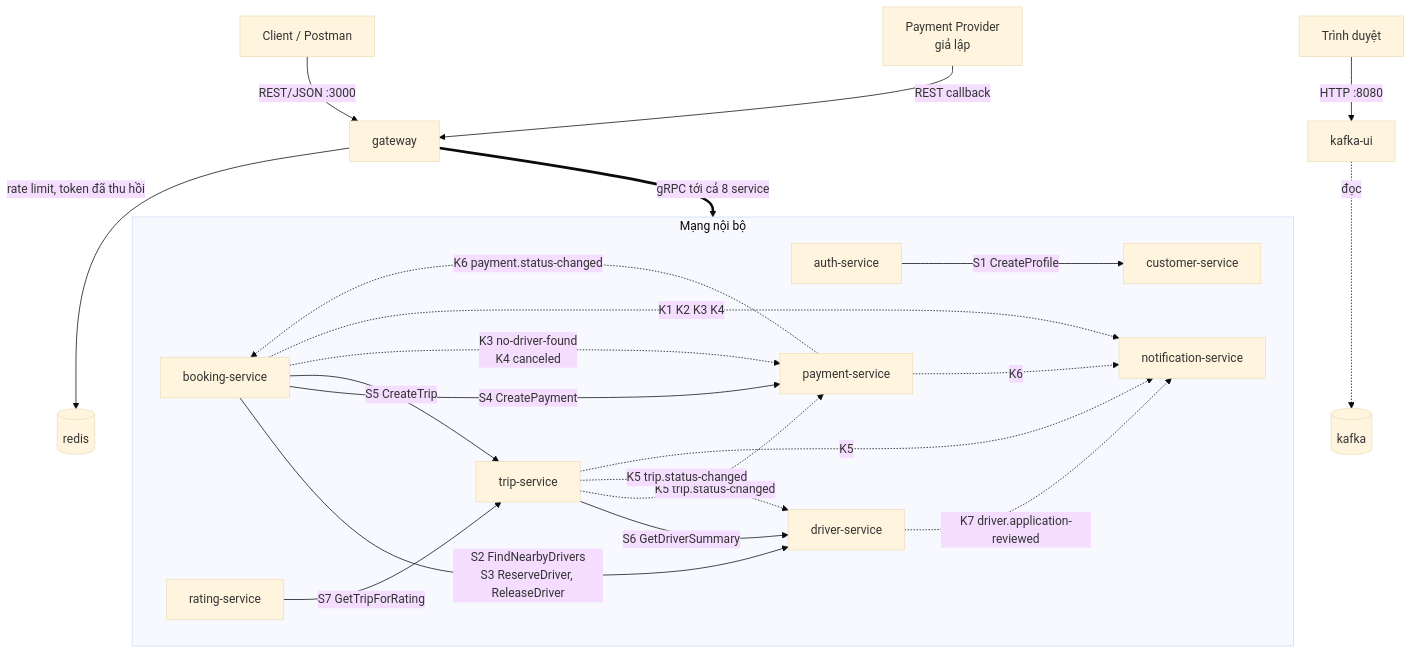
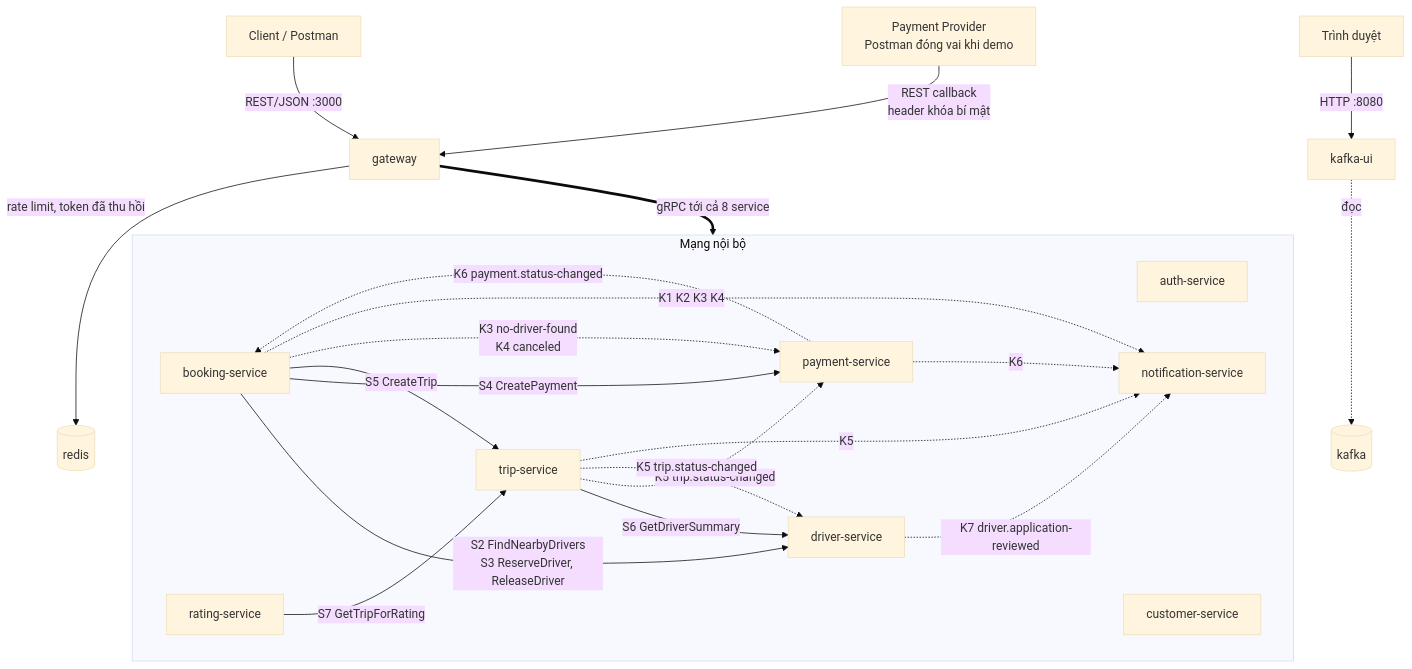
Before and after one commit to nghuuduc21/23699411_NguyenHuuDuc_CabSystem: the first of 7 diagrams in docs/design/02-kien-truc-giao-tiep.md, drawn with Mermaid (base theme). The commit also changed other lines of this file and 16 other files, not shown here.

````diff
--- a/docs/design/02-kien-truc-giao-tiep.md
+++ b/docs/design/02-kien-truc-giao-tiep.md
@@ -112,36 +114,35 @@
 ```mermaid
 flowchart TB
   CL[Client / Postman] -->|REST/JSON :3000| GW[gateway]
-  PP[Payment Provider<br/>giả lập] -->|REST callback| GW
+  PP[Payment Provider<br/>Postman đóng vai khi demo] -->|REST callback<br/>header khóa bí mật| GW
   BR[Trình duyệt] -->|HTTP :8080| KUI[kafka-ui]
   KUI -. đọc .-> KAFKA[(kafka)]
   GW -->|rate limit, token đã thu hồi| REDIS[(redis)]
   GW ==>|gRPC tới cả 8 service| SVC
 
   subgraph SVC[Mạng nội bộ]
     AUTH[auth-service]
     CUS[customer-service]
     DRV[driver-service]
     BK[booking-service]
     TRIP[trip-service]
     PAY[payment-service]
     NOTI[notification-service]
     RAT[rating-service]
   end
 
-  AUTH -->|S1 CreateProfile| CUS
   BK -->|S2 FindNearbyDrivers<br/>S3 ReserveDriver, ReleaseDriver| DRV
   BK -->|S4 CreatePayment| PAY
   BK -->|S5 CreateTrip| TRIP
   TRIP -->|S6 GetDriverSummary| DRV
   RAT -->|S7 GetTripForRating| TRIP
 
   PAY -.->|K6 payment.status-changed| BK
   BK -.->|K3 no-driver-found<br/>K4 canceled| PAY
   TRIP -.->|K5 trip.status-changed| PAY
   TRIP -.->|K5 trip.status-changed| DRV
   BK -.->|K1 K2 K3 K4| NOTI
   TRIP -.->|K5| NOTI
   PAY -.->|K6| NOTI
   DRV -.->|K7 driver.application-reviewed| NOTI
 ```
````
